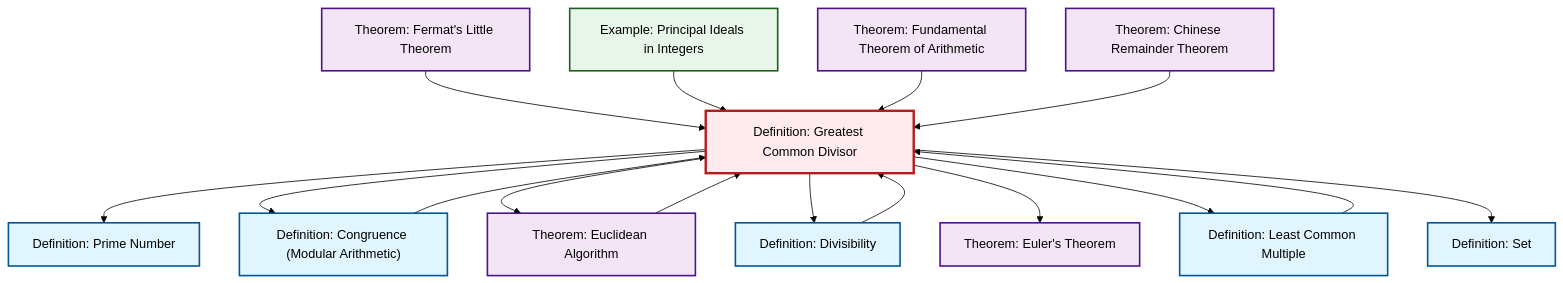
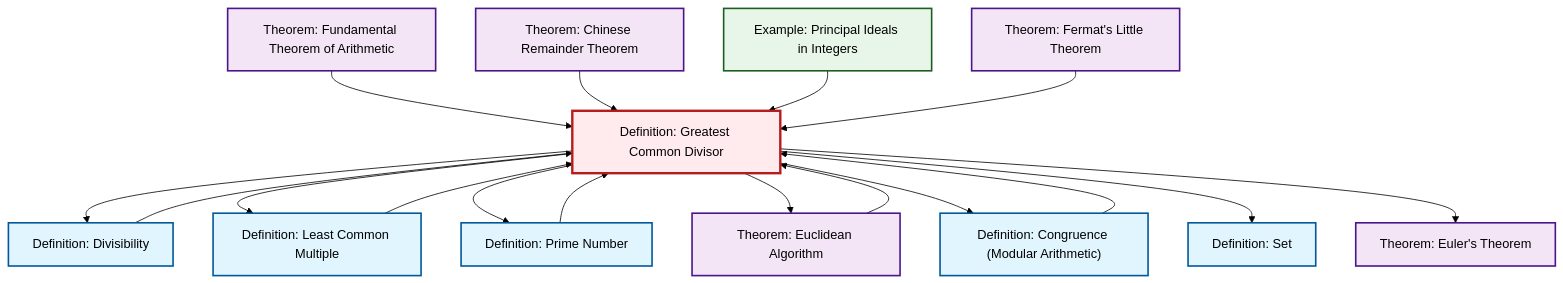
Before and after one commit to RK0429/ModernMath: the second of 2 diagrams in content/en/number-theory/def-gcd.qmd, drawn with Mermaid (forest theme). The commit also changed 654 other files, not shown here.

````diff
--- a/content/en/number-theory/def-gcd.qmd
+++ b/content/en/number-theory/def-gcd.qmd
@@ -93,48 +93,49 @@
 ```{mermaid}
 %%| fig-cap: "Local dependency graph"
 graph TD
     classDef definition fill:#e1f5fe,stroke:#01579b,stroke-width:2px
     classDef theorem fill:#f3e5f5,stroke:#4a148c,stroke-width:2px
     classDef axiom fill:#fff3e0,stroke:#e65100,stroke-width:2px
     classDef example fill:#e8f5e9,stroke:#1b5e20,stroke-width:2px
     classDef current fill:#ffebee,stroke:#b71c1c,stroke-width:3px
+    thm-chinese-remainder["Theorem: Chinese Remainder Theorem"]:::theorem
+    def-set["Definition: Set"]:::definition
+    thm-fermat-little["Theorem: Fermat's Little Theorem"]:::theorem
+    thm-euclidean-algorithm["Theorem: Euclidean Algorithm"]:::theorem
     def-gcd["Definition: Greatest Common Divisor"]:::definition
+    def-divisibility["Definition: Divisibility"]:::definition
+    thm-fundamental-arithmetic["Theorem: Fundamental Theorem of Arithmetic"]:::theorem
+    def-lcm["Definition: Least Common Multiple"]:::definition
     thm-euler["Theorem: Euler's Theorem"]:::theorem
-    thm-fermat-little["Theorem: Fermat's Little Theorem"]:::theorem
-    def-set["Definition: Set"]:::definition
-    def-lcm["Definition: Least Common Multiple"]:::definition
-    thm-fundamental-arithmetic["Theorem: Fundamental Theorem of Arithmetic"]:::theorem
+    ex-principal-ideal["Example: Principal Ideals in Integers"]:::example
+    def-prime["Definition: Prime Number"]:::definition
     def-congruence["Definition: Congruence (Modular Arithmetic)"]:::definition
-    ex-principal-ideal["Example: Principal Ideals in Integers"]:::example
-    def-divisibility["Definition: Divisibility"]:::definition
-    thm-chinese-remainder["Theorem: Chinese Remainder Theorem"]:::theorem
-    def-prime["Definition: Prime Number"]:::definition
-    thm-euclidean-algorithm["Theorem: Euclidean Algorithm"]:::theorem
+    def-gcd --> def-divisibility
+    def-gcd --> def-lcm
     def-gcd --> def-prime
+    def-gcd --> thm-euclidean-algorithm
+    thm-euclidean-algorithm --> def-gcd
+    def-congruence --> def-gcd
     def-gcd --> def-congruence
+    def-lcm --> def-gcd
+    def-prime --> def-gcd
+    def-gcd --> def-set
+    thm-fundamental-arithmetic --> def-gcd
+    thm-chinese-remainder --> def-gcd
+    ex-principal-ideal --> def-gcd
+    def-gcd --> thm-euler
+    def-divisibility --> def-gcd
     thm-fermat-little --> def-gcd
-    def-divisibility --> def-gcd
-    def-congruence --> def-gcd
-    def-gcd --> thm-euclidean-algorithm
-    def-gcd --> def-divisibility
-    def-gcd --> thm-euler
-    ex-principal-ideal --> def-gcd
-    thm-fundamental-arithmetic --> def-gcd
-    def-lcm --> def-gcd
-    thm-euclidean-algorithm --> def-gcd
-    def-gcd --> def-lcm
-    def-gcd --> def-set
-    thm-chinese-remainder --> def-gcd
     class def-gcd current
+    click thm-chinese-remainder "thm-chinese-remainder.html" "Go to Chinese Remainder Theorem theorem"
+    click def-set "def-set.html" "Go to Set definition"
+    click thm-fermat-little "thm-fermat-little.html" "Go to Fermat's Little Theorem theorem"
+    click thm-euclidean-algorithm "thm-euclidean-algorithm.html" "Go to Euclidean Algorithm theorem"
+    click def-divisibility "def-divisibility.html" "Go to Divisibility definition"
+    click thm-fundamental-arithmetic "thm-fundamental-arithmetic.html" "Go to Fundamental Theorem of Arithmetic theorem"
+    click def-lcm "def-lcm.html" "Go to Least Common Multiple definition"
     click thm-euler "thm-euler.html" "Go to Euler's Theorem theorem"
-    click thm-fermat-little "thm-fermat-little.html" "Go to Fermat's Little Theorem theorem"
-    click def-set "def-set.html" "Go to Set definition"
-    click def-lcm "def-lcm.html" "Go to Least Common Multiple definition"
-    click thm-fundamental-arithmetic "thm-fundamental-arithmetic.html" "Go to Fundamental Theorem of Arithmetic theorem"
+    click ex-principal-ideal "ex-principal-ideal.html" "Go to Principal Ideals in Integers example"
+    click def-prime "def-prime.html" "Go to Prime Number definition"
     click def-congruence "def-congruence.html" "Go to Congruence (Modular Arithmetic) definition"
-    click ex-principal-ideal "ex-principal-ideal.html" "Go to Principal Ideals in Integers example"
-    click def-divisibility "def-divisibility.html" "Go to Divisibility definition"
-    click thm-chinese-remainder "thm-chinese-remainder.html" "Go to Chinese Remainder Theorem theorem"
-    click def-prime "def-prime.html" "Go to Prime Number definition"
-    click thm-euclidean-algorithm "thm-euclidean-algorithm.html" "Go to Euclidean Algorithm theorem"
 ```
````
